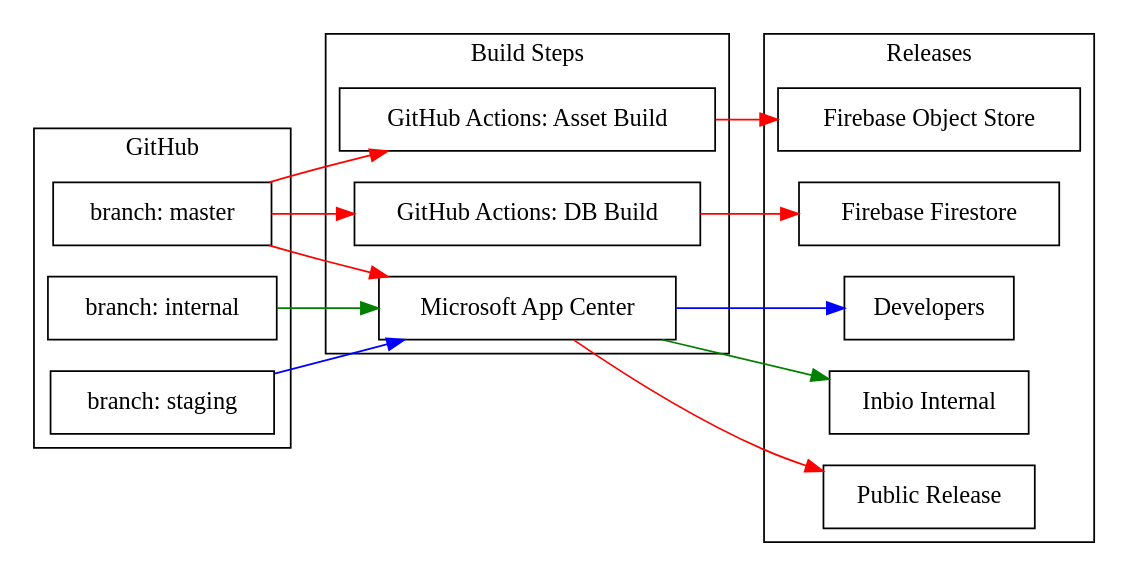
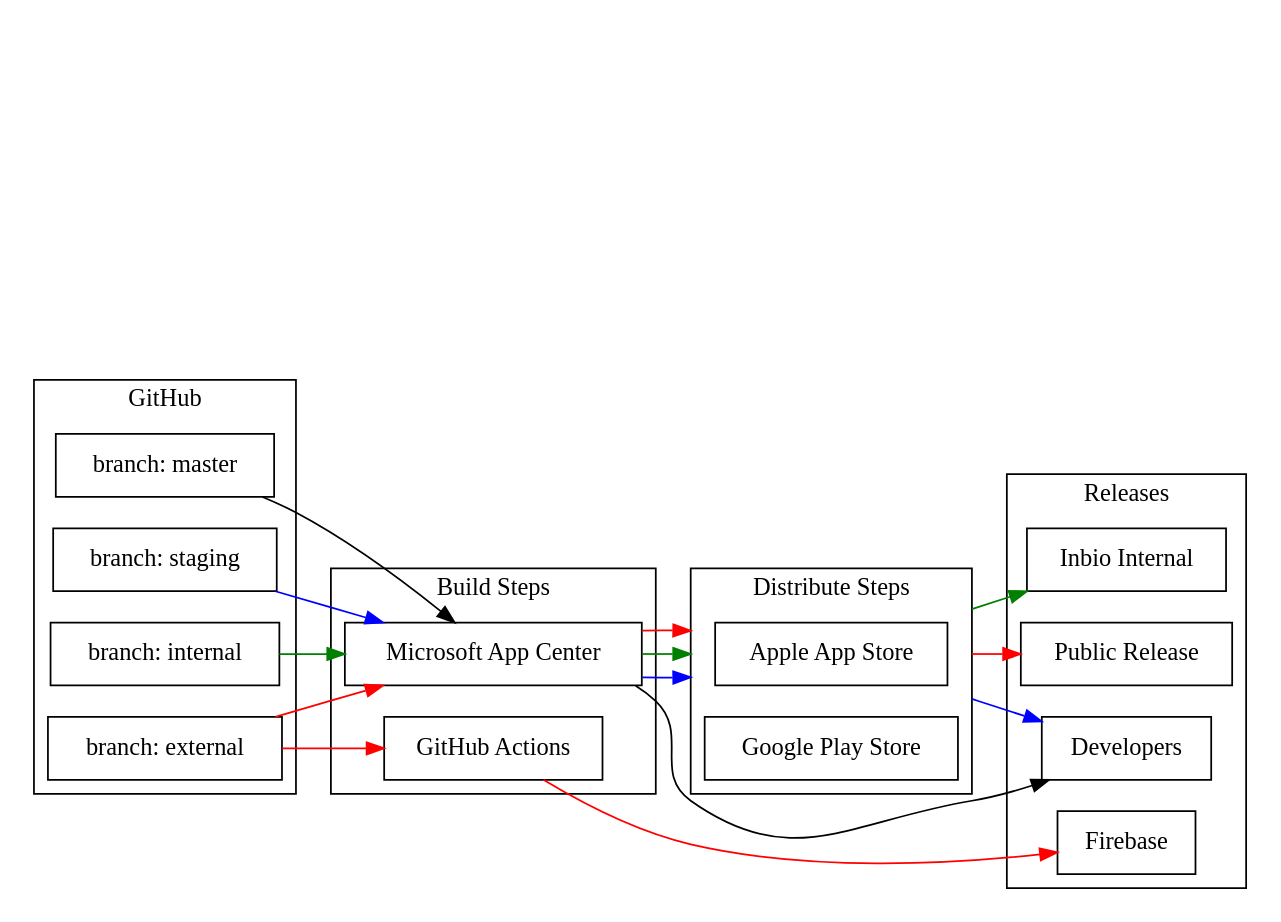
Before and after one commit to ninjha01/Mast: the diagram in presentation/deployment.dot, drawn with Graphviz. The commit also changed 1 other file, not shown here.

Commit message:
update deploy diagram w/ external branch

```diff
--- a/presentation/deployment.dot
+++ b/presentation/deployment.dot
@@ -1,54 +1,75 @@
 digraph mast_deployment {
-	rankdir=LR;
-	graph [compound=true];
+	rankdir=LR
+	compound=true
 
 	// Repo
-	node[shape=box fillcolor="white" Style="Filled" Fontcolor="black"];
+	node[shape=box fillcolor="white" Style="Filled" Fontcolor="black"]
 	master[label="branch: master"]
+	staging[label="branch: staging"]
 	internal[label="branch: internal"]
-	staging[label="branch: staging"]
+	external[label="branch: external"]
 	
 	
 	// Build Step
-	node[shape=box fillcolor="white" Style="Filled" Fontcolor="black"];
-	build_app[label="Microsoft App Center"];
-	build_db[label="GitHub Actions: DB Build"]
-	build_assets[label="GitHub Actions: Asset Build"]
-	
+	node[shape=box fillcolor="white" Style="Filled" Fontcolor="black"]
+	build_app[label="Microsoft App Center"]
+	build_assets[label="GitHub Actions"]
+
+	// Distribute Step
+	node[shape=box fillcolor="white" Style="Filled" Fontcolor="black"]
+	ios_store[label="Apple App Store"]
+	android_store[label="Google Play Store"]
+
 	// Releases
-	node[shape=box fillcolor="white" Style="Filled" Fontcolor="black"];
+	node[shape=box fillcolor="white" Style="Filled" Fontcolor="black"]
 	dev_users[label="Developers"]
 	internal_users[label="Inbio Internal"]
-	public_users[label="Public Release"]
-	db_backend[label="Firebase Firestore"]
-	object_store_backend[label="Firebase Object Store"]
+	external_users[label="Public Release"]
+	asset_backend[label="Firebase"]
+
+	//Spacing
+	node[style=invis]
+	n0
+	n1
+	n2
+	n3
 
 	
 	subgraph cluster_git_repo {
-		{rank=same master internal staging}
-		label="GitHub";
+		{rank=same master staging internal external}
+		label="GitHub"
 	}
 
 	subgraph cluster_build_steps {
-		{rank=same build_app build_db build_assets}
+		build_app build_assets
 		label="Build Steps"
 	}
 
+	subgraph cluster_distribute_steps {
+		ios_store android_store		label="Distribute Steps"
+	}
+
 	subgraph cluster_releases {
-		{rank=same dev_users internal_users public_users db_backend object_store_backend}
+		{rank=same dev_users internal_users external_users asset_backend}
 		label="Releases"
 	}
 
 	//Master path
-	master -> build_db -> db_backend [color="red"]
-	master -> build_assets -> object_store_backend [color="red"]
-	master -> build_app -> public_users [color="red"]
+	master -> build_app -> dev_users
+
+	//Staging path
+	staging -> build_app [color="blue"]
+	build_app -> ios_store [color="blue" lhead=cluster_distribute_steps weight=10]
+	ios_store -> dev_users [color="blue" ltail=cluster_distribute_steps weight=10]
 
 	//Internal path
 	internal -> build_app [color="green"]
-	build_app -> internal_users [color="green"]
+	build_app -> ios_store [color="green" lhead=cluster_distribute_steps weight=10]
+	ios_store -> internal_users [color="green" ltail=cluster_distribute_steps weight=10]
 
-	//Staging path
-	staging -> build_app [color="blue"]
-	build_app -> dev_users [color="blue"]
+	//External path
+	external -> build_app [color="red"]
+	build_app -> ios_store [color="red" lhead=cluster_distribute_steps weight=10]
+	ios_store -> external_users [color="red" ltail=cluster_distribute_steps weight=10]
+	external -> build_assets -> asset_backend [color="red"]
 }
```
